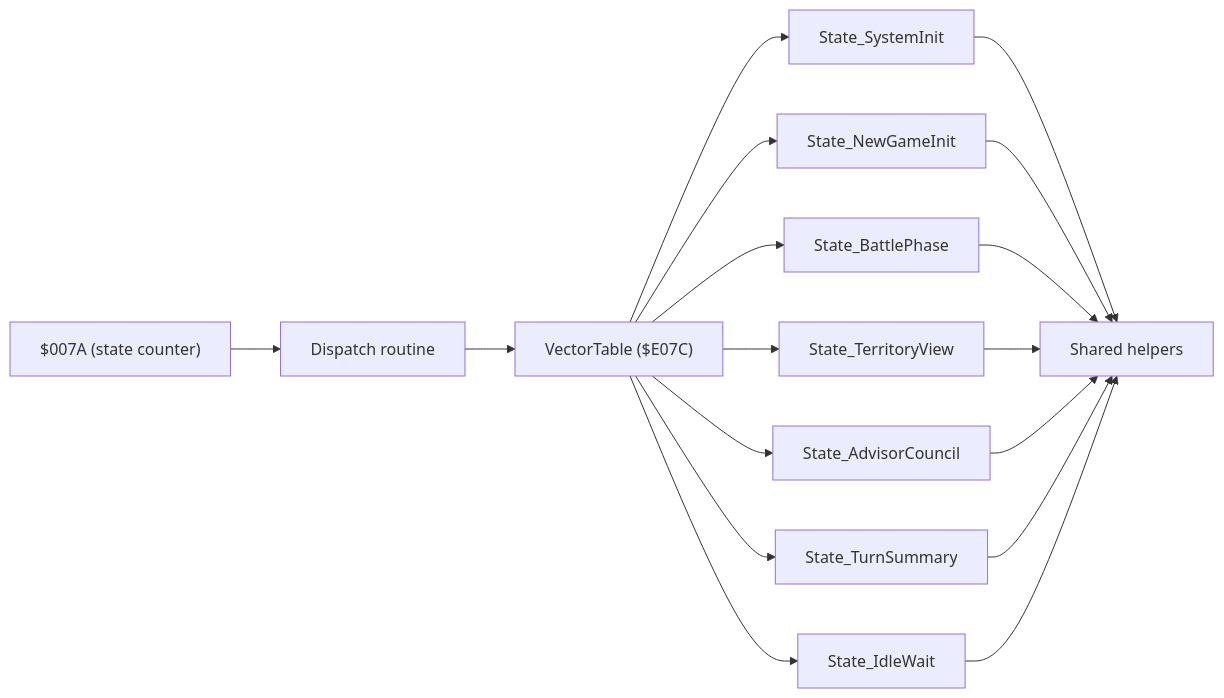
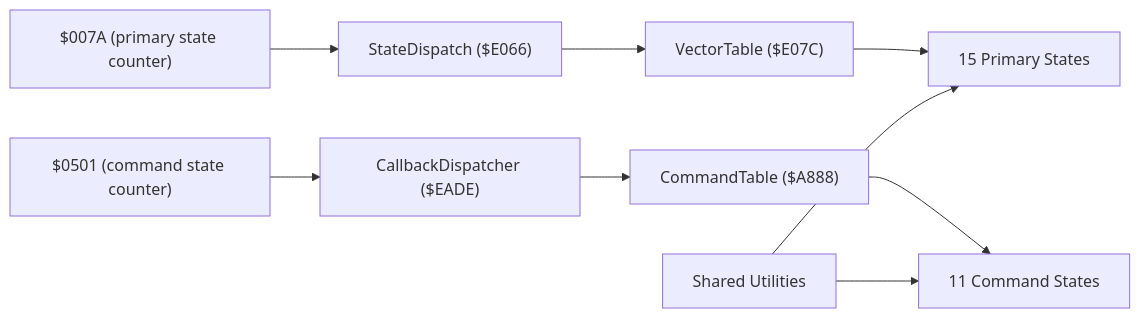
The sixth of 6 diagrams in .qoder/repowiki/en/content/Game State Management/State Machine Architecture/State Machine Architecture.md (rabbyzero/sango2dasm), drawn with Mermaid before and after one commit. The commit also changed other lines of this file and 12 other files, not shown here.

````diff
--- a/.qoder/repowiki/en/content/Game State Management/State Machine Architecture/State Machine Architecture.md
+++ b/.qoder/repowiki/en/content/Game State Management/State Machine Architecture/State Machine Architecture.md
@@ -255,19 +357,11 @@
 ```mermaid
 graph LR
-Counter["$007A (state counter)"] --> Dispatch["Dispatch routine"]
-Dispatch --> VTbl["VectorTable ($E07C)"]
-VTbl --> SInit["State_SystemInit"]
-VTbl --> SNew["State_NewGameInit"]
-VTbl --> SBtl["State_BattlePhase"]
-VTbl --> STerr["State_TerritoryView"]
-VTbl --> SAdv["State_AdvisorCouncil"]
-VTbl --> STurn["State_TurnSummary"]
-VTbl --> SIdle["State_IdleWait"]
-SInit --> Helpers["Shared helpers"]
-SNew --> Helpers
-SBtl --> Helpers
-STerr --> Helpers
-SAdv --> Helpers
-STurn --> Helpers
-SIdle --> Helpers
+PrimaryCounter["$007A (primary state counter)"] --> PrimaryDispatch["StateDispatch ($E066)"]
+PrimaryDispatch --> PrimaryVT["VectorTable ($E07C)"]
+PrimaryVT --> PrimaryStates["15 Primary States"]
+CmdCounter["$0501 (command state counter)"] --> CmdDispatch["CallbackDispatcher ($EADE)"]
+CmdDispatch --> CmdVT["CommandTable ($A888)"]
+CmdVT --> CmdStates["11 Command States"]
+SharedHelpers["Shared Utilities"] --> PrimaryStates
+SharedHelpers --> CmdStates
 ```
````
